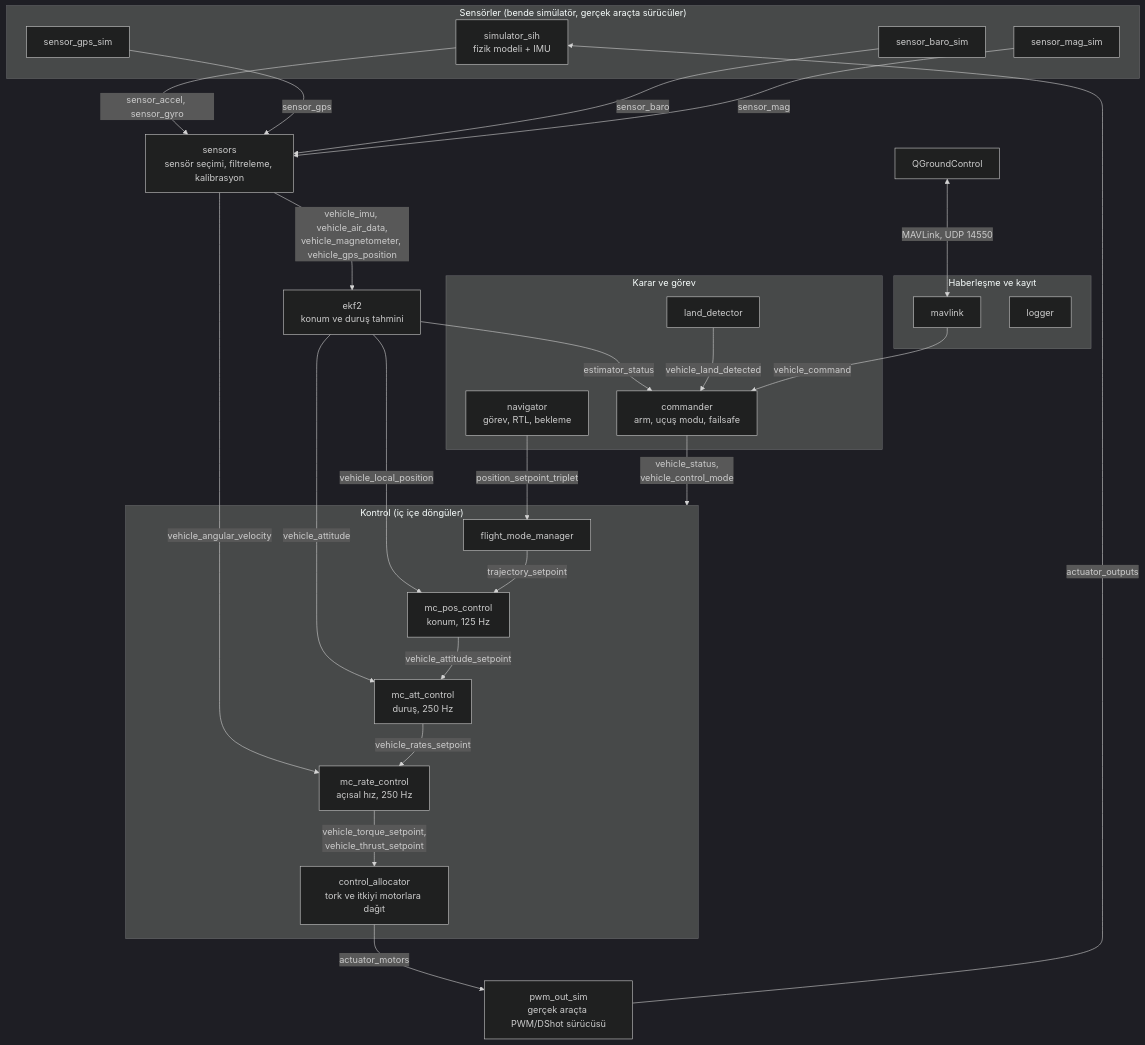
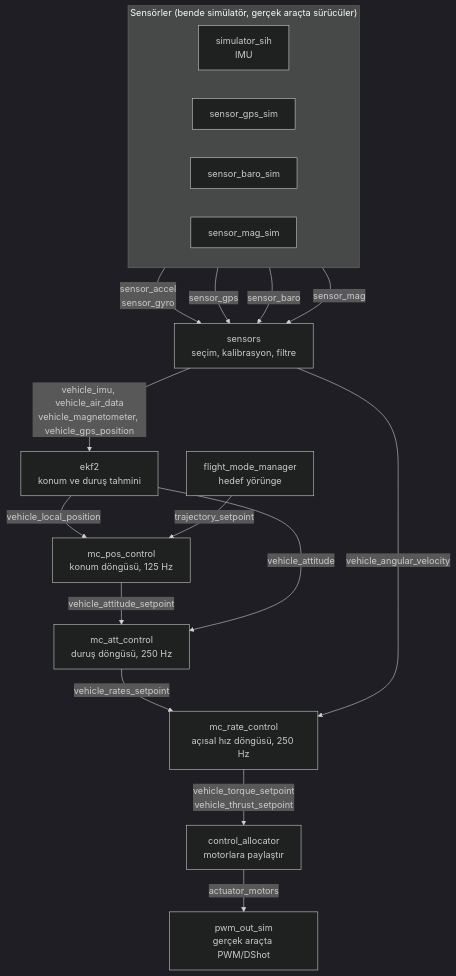
The first of 2 diagrams in docs/04-mimari-uorb.md (batuuhnk/px4-sitl-learning), drawn with Mermaid (dark theme) before and after one commit. The commit also changed other lines of this file, not shown here.

Commit message:
Mimari şemasını iki parçaya böldüm: veri yolu ve karar tarafı

````diff
--- a/docs/04-mimari-uorb.md
+++ b/docs/04-mimari-uorb.md
@@ -9,55 +11,33 @@
 ```mermaid
 flowchart TB
     subgraph SIM["Sensörler (bende simülatör, gerçek araçta sürücüler)"]
-        SIH["simulator_sih<br/>fizik modeli + IMU"]
+        direction LR
+        SIH["simulator_sih<br/>IMU"]
         GPSS["sensor_gps_sim"]
         BAROS["sensor_baro_sim"]
         MAGS["sensor_mag_sim"]
     end
 
-    SENS["sensors<br/>sensör seçimi, filtreleme, kalibrasyon"]
+    SENS["sensors<br/>seçim, kalibrasyon, filtre"]
     EKF["ekf2<br/>konum ve duruş tahmini"]
+    FMM["flight_mode_manager<br/>hedef yörünge"]
+    POS["mc_pos_control<br/>konum döngüsü, 125 Hz"]
+    ATT["mc_att_control<br/>duruş döngüsü, 250 Hz"]
+    RATE["mc_rate_control<br/>açısal hız döngüsü, 250 Hz"]
+    ALLOC["control_allocator<br/>motorlara paylaştır"]
+    OUT["pwm_out_sim<br/>gerçek araçta PWM/DShot"]
 
-    subgraph KARAR["Karar ve görev"]
-        NAV["navigator<br/>görev, RTL, bekleme"]
-        CMD["commander<br/>arm, uçuş modu, failsafe"]
-        LAND["land_detector"]
-    end
-
-    subgraph KONTROL["Kontrol (iç içe döngüler)"]
-        FMM["flight_mode_manager"]
-        POS["mc_pos_control<br/>konum, 125 Hz"]
-        ATT["mc_att_control<br/>duruş, 250 Hz"]
-        RATE["mc_rate_control<br/>açısal hız, 250 Hz"]
-        ALLOC["control_allocator<br/>tork ve itkiyi motorlara dağıt"]
-    end
-
-    OUT["pwm_out_sim<br/>gerçek araçta PWM/DShot sürücüsü"]
-
-    subgraph HAB["Haberleşme ve kayıt"]
-        MAV["mavlink"]
-        LOG["logger"]
-    end
-    QGC["QGroundControl"]
-
-    SIH -->|"sensor_accel, sensor_gyro"| SENS
+    SIH -->|"sensor_accel<br/>sensor_gyro"| SENS
     GPSS -->|sensor_gps| SENS
     BAROS -->|sensor_baro| SENS
     MAGS -->|sensor_mag| SENS
-    SENS -->|"vehicle_imu, vehicle_air_data,<br/>vehicle_magnetometer, vehicle_gps_position"| EKF
-    SENS -->|vehicle_angular_velocity| RATE
+    SENS -->|"vehicle_imu, vehicle_air_data<br/>vehicle_magnetometer, vehicle_gps_position"| EKF
     EKF -->|vehicle_local_position| POS
-    EKF -->|vehicle_attitude| ATT
-    EKF -->|estimator_status| CMD
-    NAV -->|position_setpoint_triplet| FMM
     FMM -->|trajectory_setpoint| POS
     POS -->|vehicle_attitude_setpoint| ATT
+    EKF -->|vehicle_attitude| ATT
     ATT -->|vehicle_rates_setpoint| RATE
-    RATE -->|"vehicle_torque_setpoint,<br/>vehicle_thrust_setpoint"| ALLOC
+    SENS -->|vehicle_angular_velocity| RATE
+    RATE -->|"vehicle_torque_setpoint<br/>vehicle_thrust_setpoint"| ALLOC
     ALLOC -->|actuator_motors| OUT
-    OUT -->|actuator_outputs| SIH
-    LAND -->|vehicle_land_detected| CMD
-    CMD -->|"vehicle_status,<br/>vehicle_control_mode"| KONTROL
-    QGC <-->|"MAVLink, UDP 14550"| MAV
-    MAV -->|vehicle_command| CMD
 ```
````
